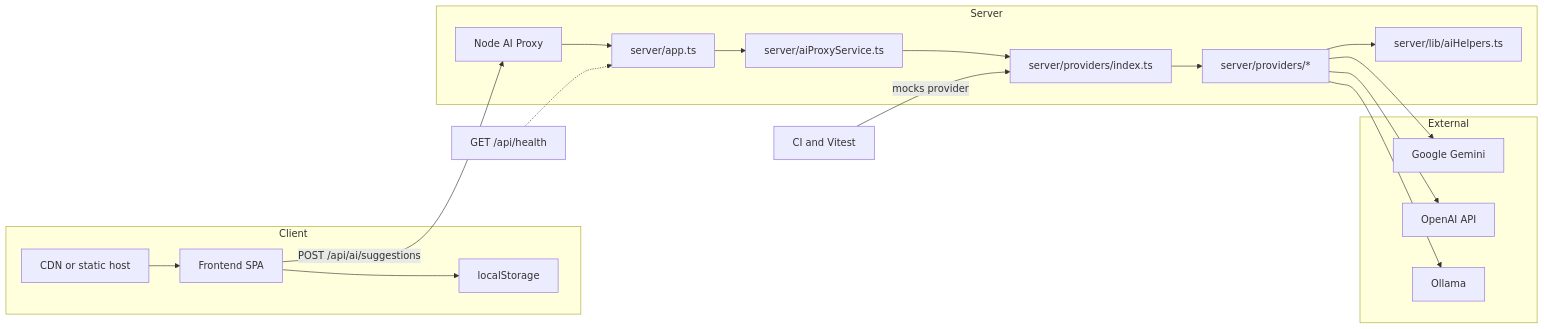
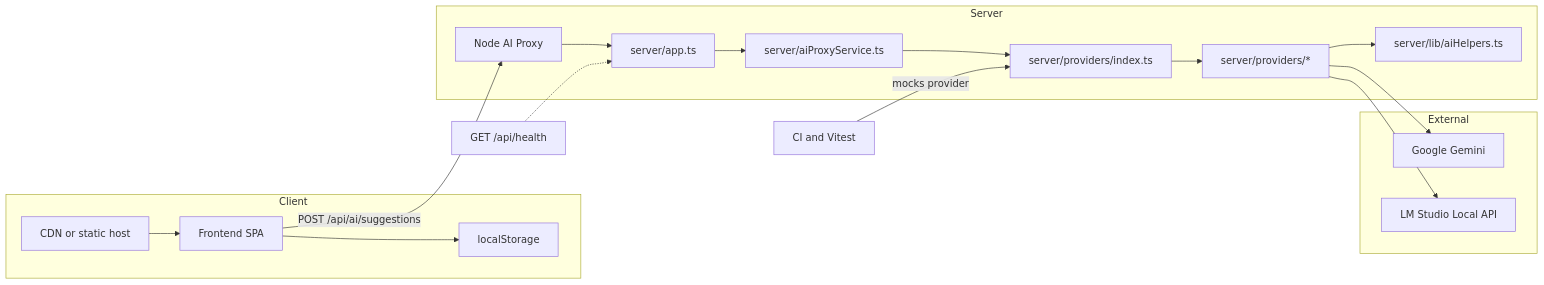
Before and after one commit to patrickcruzutfpr/family-budget-app: the diagram in docs/components-diagram.md, drawn with Mermaid. The commit also changed 13 other files, not shown here.

````diff
--- a/docs/components-diagram.md
+++ b/docs/components-diagram.md
@@ -5,40 +5,38 @@
 ```mermaid
 graph LR
   subgraph Client
     SPA[Frontend SPA]
     Local[localStorage]
     CDN[CDN or static host]
   end
 
   SPA --> Local
   SPA -->|POST /api/ai/suggestions| Proxy
   CDN --> SPA
 
   subgraph Server
     Proxy[Node AI Proxy]
     App[server/app.ts]
     Service[server/aiProxyService.ts]
     Loader[server/providers/index.ts]
     Providers[server/providers/*]
     Helpers[server/lib/aiHelpers.ts]
   end
 
   Proxy --> App
   App --> Service
   Service --> Loader
   Loader --> Providers
   Providers --> Helpers
 
   subgraph External
     Gemini[Google Gemini]
-    OpenAI[OpenAI API]
-    Ollama[Ollama]
+    LMStudio[LM Studio Local API]
   end
 
   Providers --> Gemini
-  Providers --> OpenAI
-  Providers --> Ollama
+  Providers --> LMStudio
 
   CI[CI and Vitest] -->|mocks provider| Loader
   Health[GET /api/health] -.-> App
 ```
````
